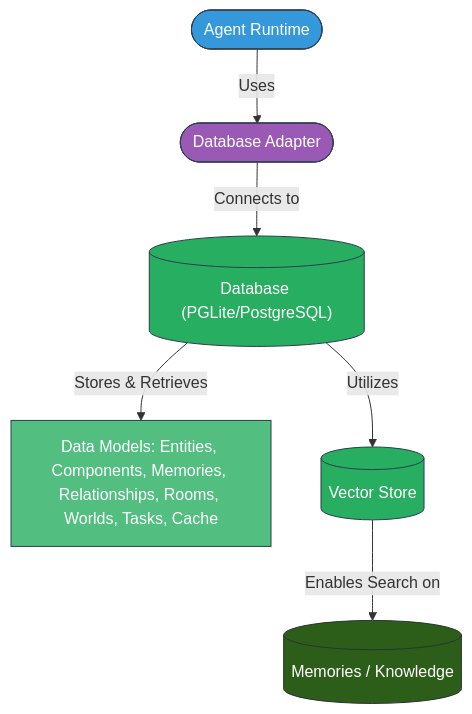
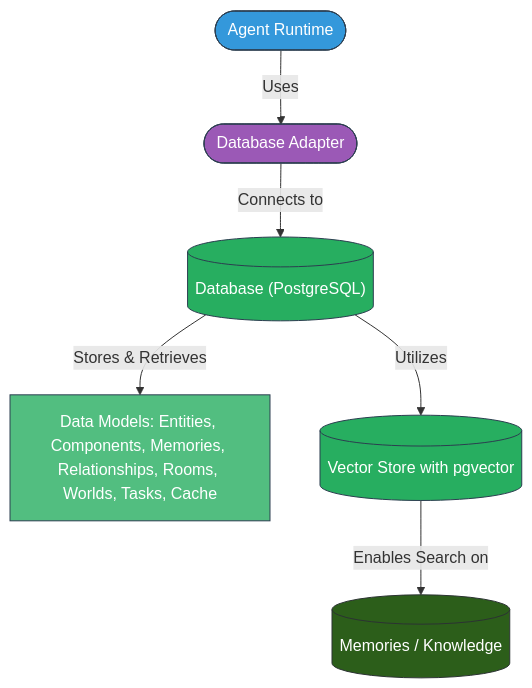
One commit to oleksii-dy/eliza_starter changed the diagram in packages/docs/docs/core/database.md. Above: the diagram before and after it, drawn with Mermaid. The commit also changed other lines of this file and 3362 other files, not shown here.

````diff
--- a/packages/docs/docs/core/database.md
+++ b/packages/docs/docs/core/database.md
@@ -27,39 +34,39 @@
 ```mermaid
 graph TB
     %% Main Components
     Runtime([Agent Runtime])
     DbAdapter([Database Adapter])
-    DbConnection[("Database (PGLite/PostgreSQL)")]
+    DbConnection[("Database (PostgreSQL)")]
 
     %% Data Models in compact form
     DataModels["Data Models: Entities, Components, Memories, Relationships, Rooms, Worlds, Tasks, Cache"]
 
     %% Vector Search
-    VectorStore[(Vector Store)]
+    VectorStore[(Vector Store with pgvector)]
 
     %% Memories Knowledge
     MemoriesKnowledge[(Memories / Knowledge)]
 
     %% Connection flow
     Runtime -->|Uses| DbAdapter
     DbAdapter -->|Connects to| DbConnection
     DbConnection -->|Stores & Retrieves| DataModels
 
     %% Connect Vector Store
     DbConnection -->|Utilizes| VectorStore
     VectorStore -->|Enables Search on| MemoriesKnowledge
 
     %% Styling
     classDef default fill:#f0f4f8,stroke:#2c3e50,stroke-width:1px;
     classDef runtime fill:#3498db,stroke:#2c3e50,stroke-width:1px,color:#fff;
     classDef adapter fill:#9b59b6,stroke:#2c3e50,stroke-width:1px,color:#fff;
     classDef db fill:#27ae60,stroke:#2c3e50,stroke-width:1px,color:#fff;
     classDef datamodels fill:#52be80,stroke:#2c3e50,stroke-width:1px,color:#fff;
     classDef memories fill:#2c5e1a,stroke:#2c3333,stroke-width:1px,color:#fff;
 
     class Runtime runtime;
     class DbAdapter adapter;
     class DbConnection,VectorStore db;
     class DataModels datamodels;
     class MemoriesKnowledge memories;
 ```
````
